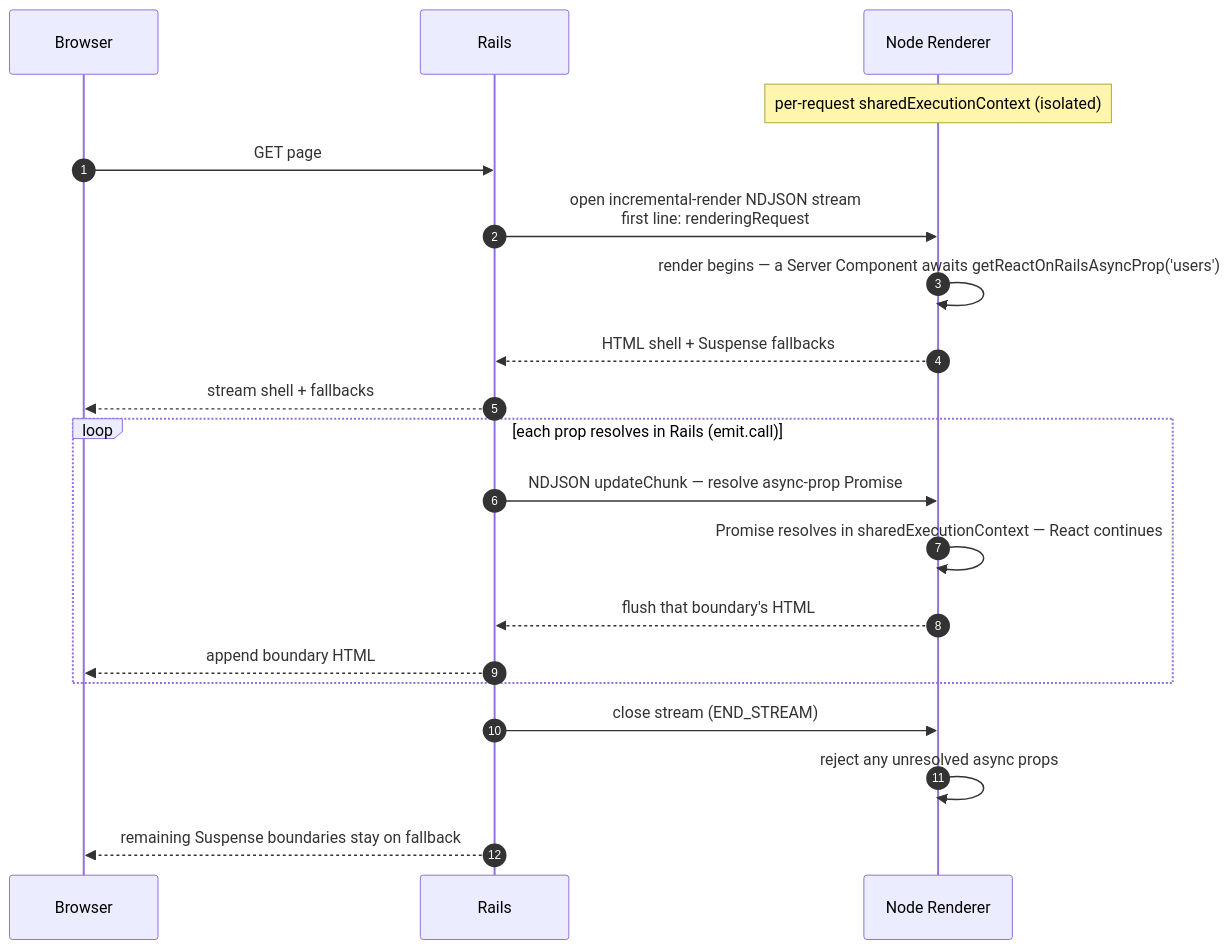
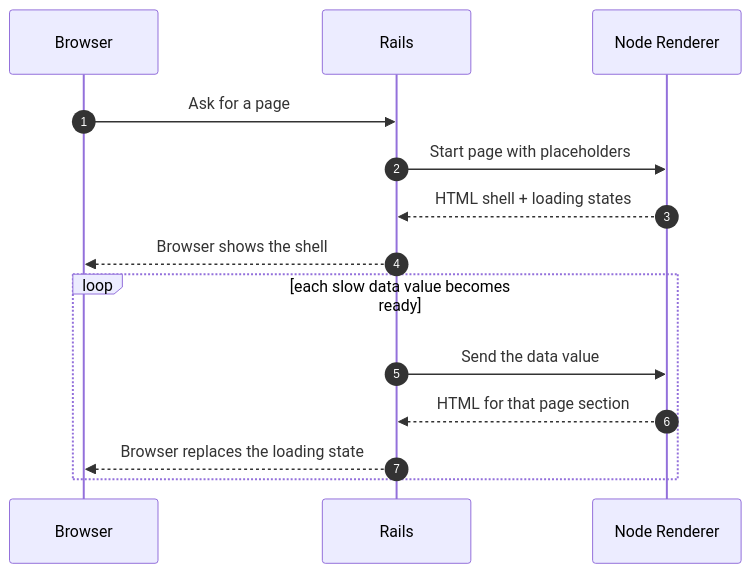
The second of 3 diagrams in docs/pro/streaming-ssr.md (shakacode/react_on_rails), drawn with Mermaid before and after one commit. The commit also changed other lines of this file and 2 other files, not shown here.

Commit message:
Clarify Node renderer diagrams

````diff
--- a/docs/pro/streaming-ssr.md
+++ b/docs/pro/streaming-ssr.md
@@ -60,22 +58,16 @@
 ```mermaid
 sequenceDiagram
     autonumber
     participant Browser
     participant Rails
     participant Renderer as Node Renderer
-    Note over Renderer: per-request sharedExecutionContext (isolated)
-    Browser->>Rails: GET page
-    Rails->>Renderer: open incremental-render NDJSON stream<br/>first line: renderingRequest
-    Renderer->>Renderer: render begins — a Server Component awaits getReactOnRailsAsyncProp('users')
-    Renderer-->>Rails: HTML shell + Suspense fallbacks
-    Rails-->>Browser: stream shell + fallbacks
-    loop each prop resolves in Rails (emit.call)
-        Rails->>Renderer: NDJSON updateChunk — resolve async-prop Promise
-        Renderer->>Renderer: Promise resolves in sharedExecutionContext — React continues
-        Renderer-->>Rails: flush that boundary's HTML
-        Rails-->>Browser: append boundary HTML
+    Browser->>Rails: Ask for a page
+    Rails->>Renderer: Start page with placeholders
+    Renderer-->>Rails: HTML shell + loading states
+    Rails-->>Browser: Browser shows the shell
+    loop each slow data value becomes ready
+        Rails->>Renderer: Send the data value
+        Renderer-->>Rails: HTML for that page section
+        Rails-->>Browser: Browser replaces the loading state
     end
-    Rails->>Renderer: close stream (END_STREAM)
-    Renderer->>Renderer: reject any unresolved async props
-    Rails-->>Browser: remaining Suspense boundaries stay on fallback
 ```
````
